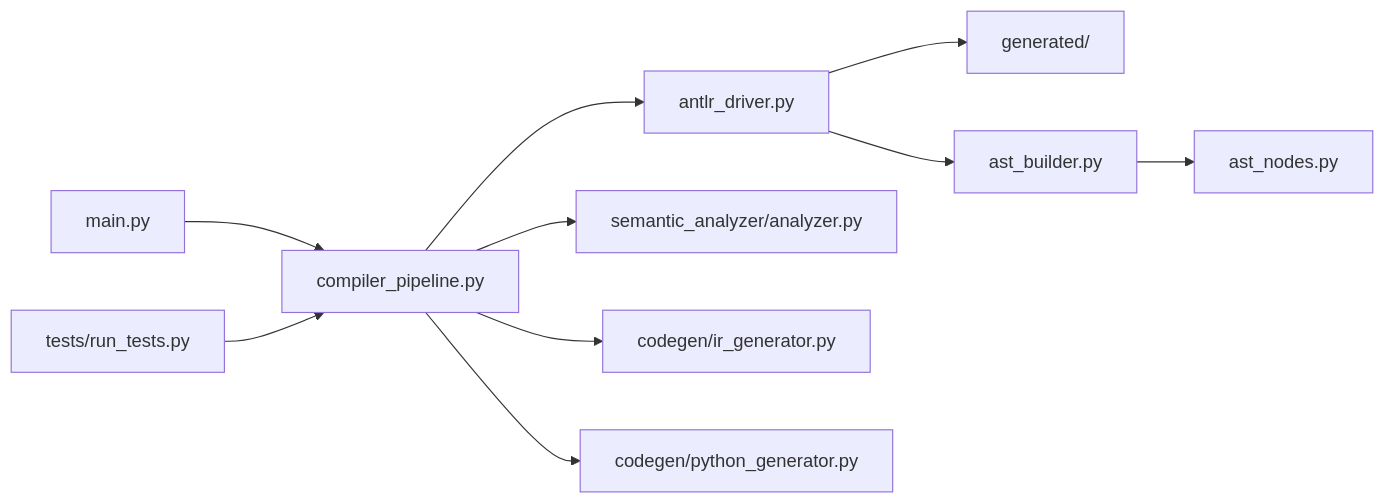
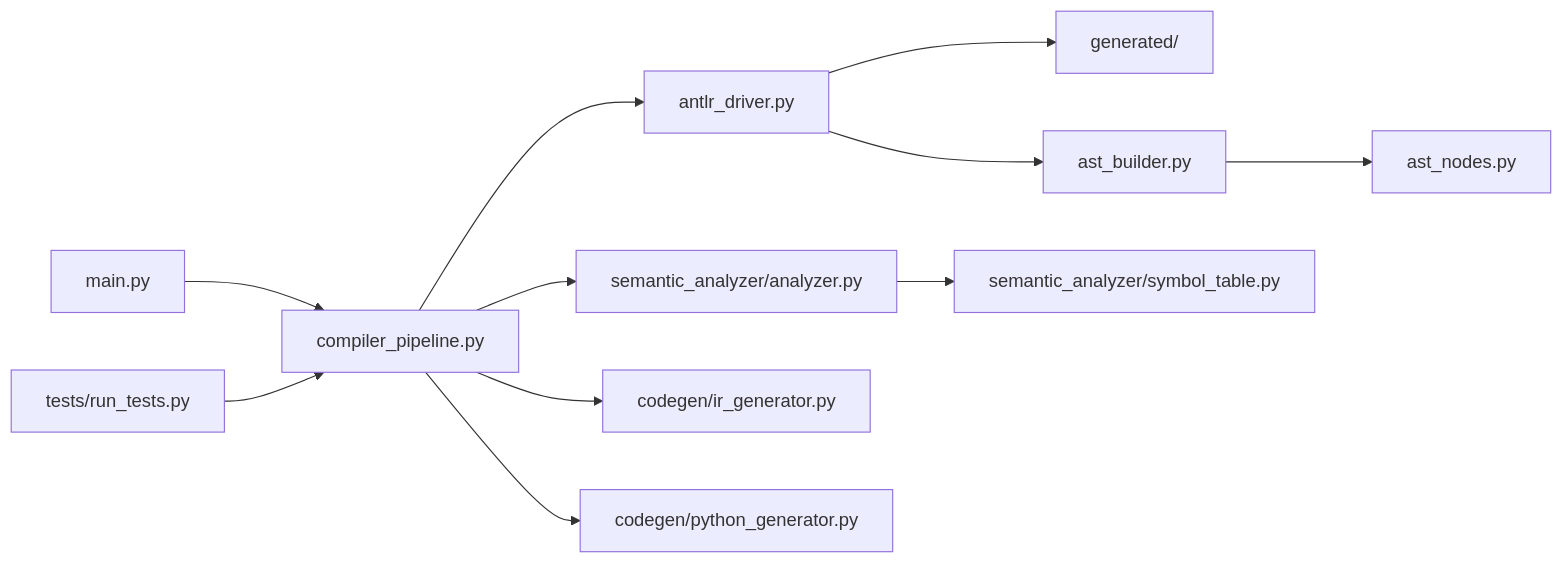
One commit to AndersonOjeda/mini-lenguaje-circuitos-digitales changed the diagram in docs/diagramas/modulos.mmd. Above: the diagram before and after it, drawn with Mermaid. The commit also changed 13 other files, not shown here.

```diff
--- a/docs/diagramas/modulos.mmd
+++ b/docs/diagramas/modulos.mmd
@@ -1,10 +1,11 @@
 flowchart LR
     main[main.py] --> pipeline[compiler_pipeline.py]
     pipeline --> antlr[antlr_driver.py]
     antlr --> generated[generated/]
     antlr --> ast[ast_builder.py]
     ast --> nodes[ast_nodes.py]
     pipeline --> sem[semantic_analyzer/analyzer.py]
+    sem --> symbols[semantic_analyzer/symbol_table.py]
     pipeline --> ir[codegen/ir_generator.py]
     pipeline --> py[codegen/python_generator.py]
     tests[tests/run_tests.py] --> pipeline
```
